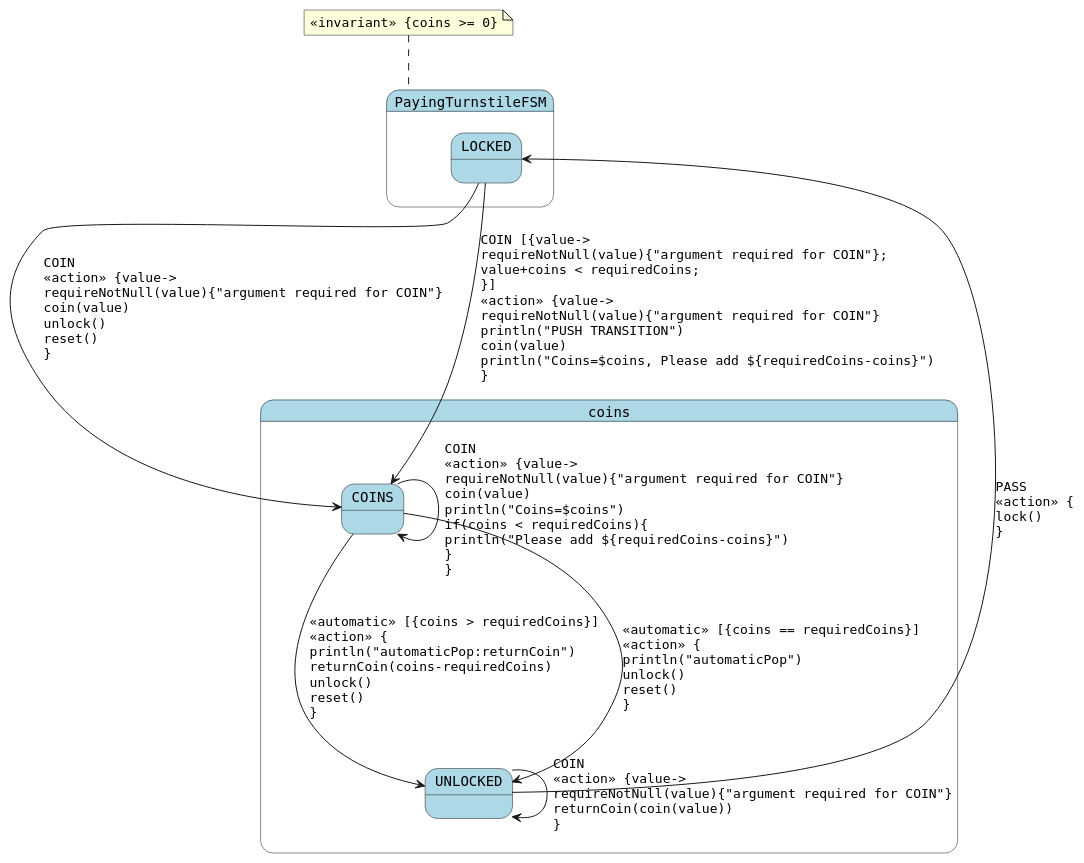
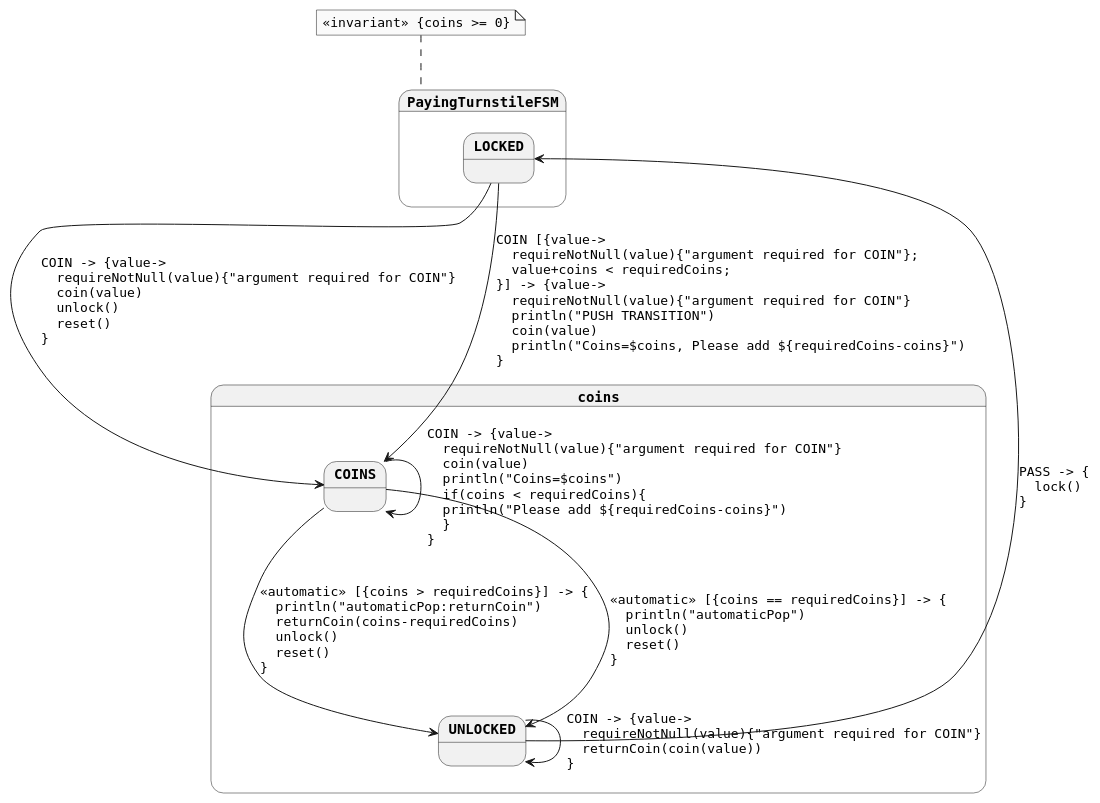
One commit to open-jumpco/kfsm changed the diagram in generated/paying-turnstile-detail.plantuml. Above: the diagram before and after it, drawn with PlantUML. The commit also changed 38 other files, not shown here.

```diff
--- a/generated/paying-turnstile-detail.plantuml
+++ b/generated/paying-turnstile-detail.plantuml
@@ -1,21 +1,24 @@
 @startuml
+skinparam monochrome true
 skinparam StateFontName Helvetica
 skinparam defaultFontName Monospaced
+skinparam defaultFontStyle Bold
 skinparam state {
-    BackgroundColor LightBlue
+    FontColor Black
+    FontStyle Bold
 }
 state coins {
-COINS --> UNLOCKED : <<automatic>> [{coins > requiredCoins}]\l<<action>> {\lprintln("automaticPop:returnCoin")\lreturnCoin(coins-requiredCoins)\lunlock()\lreset()\l}
-COINS --> UNLOCKED : <<automatic>> [{coins == requiredCoins}]\l<<action>> {\lprintln("automaticPop")\lunlock()\lreset()\l}
-COINS --> COINS : COIN\l<<action>> {value->\lrequireNotNull(value){"argument required for COIN"}\lcoin(value)\lprintln("Coins=$coins")\lif(coins < requiredCoins){\lprintln("Please add ${requiredCoins-coins}")\l}\l}
+COINS --> UNLOCKED : <<automatic>> [{coins > requiredCoins}] -> {\l  println("automaticPop:returnCoin")\l  returnCoin(coins-requiredCoins)\l  unlock()\l  reset()\l}
+COINS --> UNLOCKED : <<automatic>> [{coins == requiredCoins}] -> {\l  println("automaticPop")\l  unlock()\l  reset()\l}
+COINS --> COINS : COIN -> {value->\l  requireNotNull(value){"argument required for COIN"}\l  coin(value)\l  println("Coins=$coins")\l  if(coins < requiredCoins){\l  println("Please add ${requiredCoins-coins}")\l  }\l}
 }
 state PayingTurnstileFSM {
-LOCKED --> COINS : COIN\l<<action>> {value->\lrequireNotNull(value){"argument required for COIN"}\lcoin(value)\lunlock()\lreset()\l}
-LOCKED --> COINS : COIN [{value->\lrequireNotNull(value){"argument required for COIN"};\lvalue+coins < requiredCoins;\l}]\l<<action>> {value->\lrequireNotNull(value){"argument required for COIN"}\lprintln("PUSH TRANSITION")\lcoin(value)\lprintln("Coins=$coins, Please add ${requiredCoins-coins}")\l}
-UNLOCKED --> UNLOCKED : COIN\l<<action>> {value->\lrequireNotNull(value){"argument required for COIN"}\lreturnCoin(coin(value))\l}
-UNLOCKED --> LOCKED : PASS\l<<action>> {\llock()\l}
+LOCKED --> COINS : COIN -> {value->\l  requireNotNull(value){"argument required for COIN"}\l  coin(value)\l  unlock()\l  reset()\l}
+LOCKED --> COINS : COIN [{value->\l  requireNotNull(value){"argument required for COIN"};\l  value+coins < requiredCoins;\l}] -> {value->\l  requireNotNull(value){"argument required for COIN"}\l  println("PUSH TRANSITION")\l  coin(value)\l  println("Coins=$coins, Please add ${requiredCoins-coins}")\l}
+UNLOCKED --> UNLOCKED : COIN -> {value->\l  requireNotNull(value){"argument required for COIN"}\l  returnCoin(coin(value))\l}
+UNLOCKED --> LOCKED : PASS -> {\l  lock()\l}
 }
 note top of PayingTurnstileFSM
 <<invariant>> {coins >= 0}
 end note
 @enduml
```
